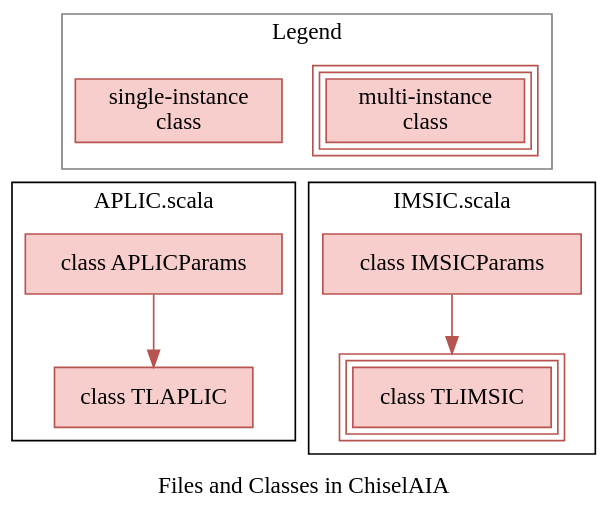
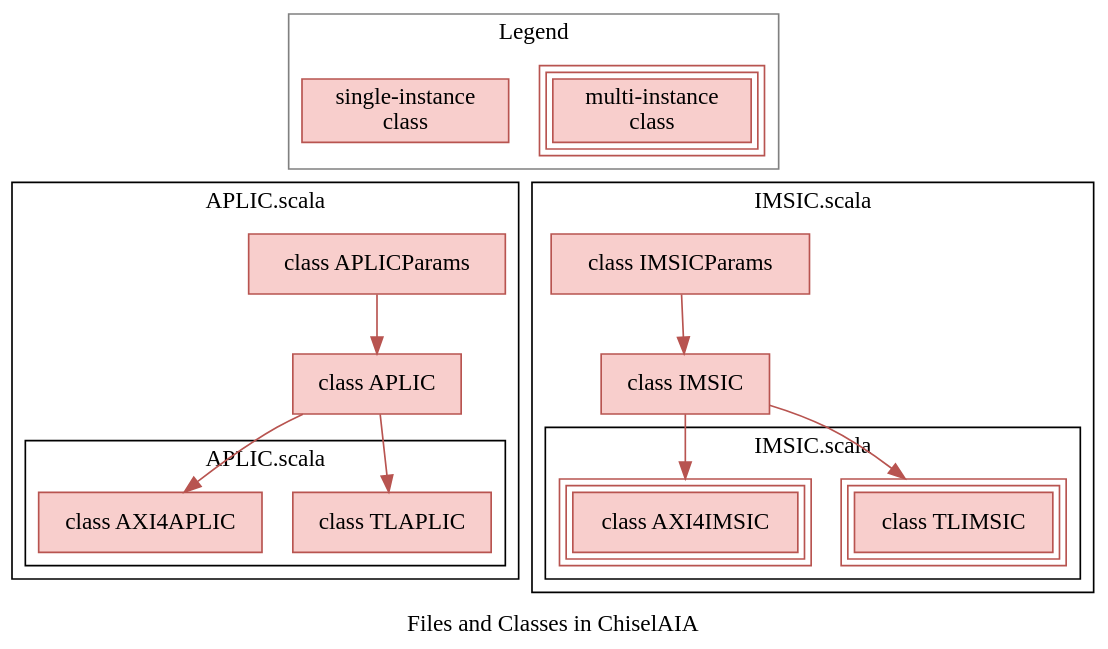
The diagram in docs/images/integration_files.dot (OpenXiangShan/ChiselAIA), drawn with Graphviz before and after one commit. The commit also changed 2 other files, not shown here.

Commit message:
doc: native axi

```diff
--- a/docs/images/integration_files.dot
+++ b/docs/images/integration_files.dot
@@ -1,34 +1,38 @@
 digraph {
   label="Files and Classes in ChiselAIA"
   bgcolor=transparent;
   node [shape=box];
 
   subgraph legend {
     cluster=True;
     label=Legend;
     pencolor="gray";
 
     _class0[label="single-instance\nclass", style="filled", fillcolor="#F8CECC", color="#B85450"];
     _class1[label="multi-instance\nclass", peripheries=3, style="filled", fillcolor="#F8CECC", color="#B85450"];
   }
 
   subgraph aplic_scala {
     label="APLIC.scala";
     cluster=True;
     aplicparams [label="class APLICParams", style="filled", fillcolor="#F8CECC", color="#B85450"];
+    aplic [label="class APLIC", style="filled", fillcolor="#F8CECC", color="#B85450"];
     tlaplic [label="class TLAPLIC", style="filled", fillcolor="#F8CECC", color="#B85450"];
-    aplicparams -> tlaplic[color="#B85450"];
+    axi4aplic [label="class AXI4APLIC", style="filled", fillcolor="#F8CECC", color="#B85450"];
+    aplicparams -> aplic -> {tlaplic; axi4aplic;}[color="#B85450"];
   }
 
   subgraph imsic_scala {
     label="IMSIC.scala";
     cluster=True;
     imsicparams [label="class IMSICParams", style="filled", fillcolor="#F8CECC", color="#B85450"];
+    imsic [label="class IMSIC", style="filled", fillcolor="#F8CECC", color="#B85450"];
     tlimsic [label="class TLIMSIC", peripheries=3, style="filled", fillcolor="#F8CECC", color="#B85450"];
-    imsicparams -> tlimsic[color="#B85450"];
+    axi4imsic [label="class AXI4IMSIC", peripheries=3, style="filled", fillcolor="#F8CECC", color="#B85450"];
+    imsicparams -> imsic -> {tlimsic; axi4imsic;}[color="#B85450"];
   }
 
 
   _class0 -> aplicparams[color=transparent];
   _class1 -> imsicparams[color=transparent];
 }
```
